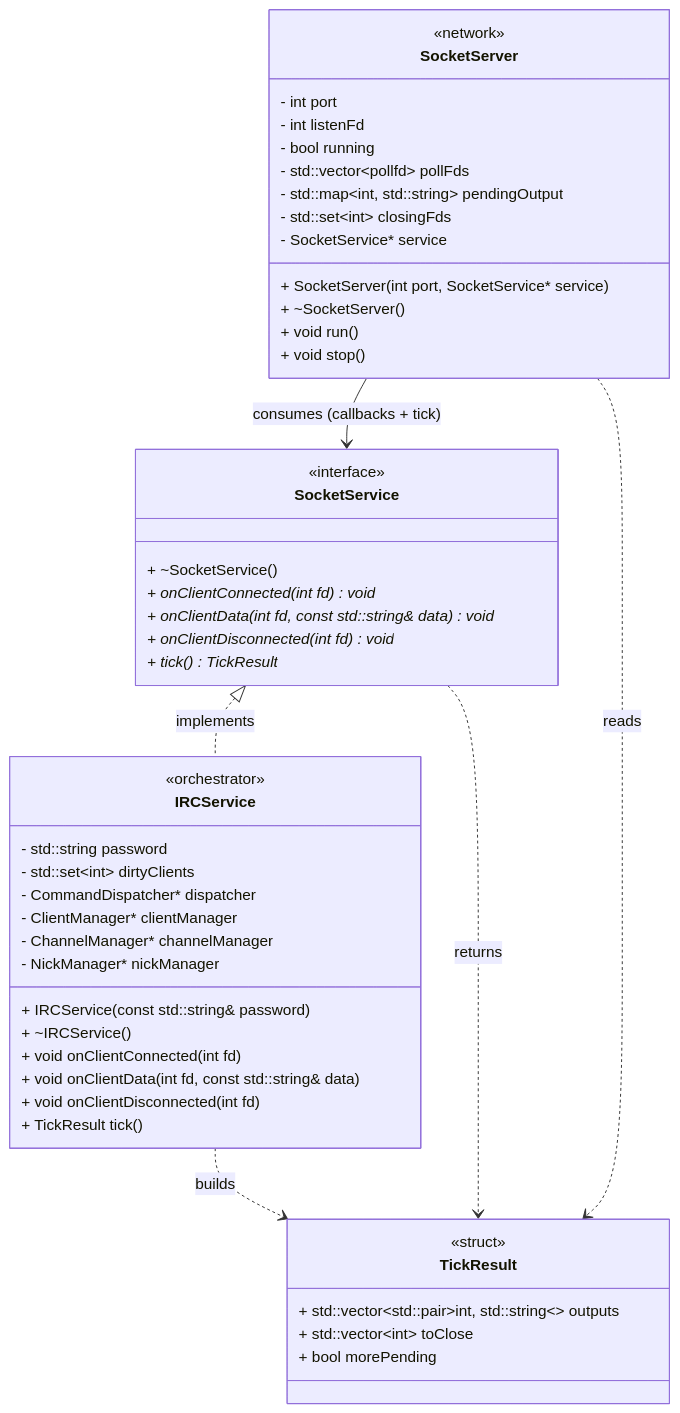
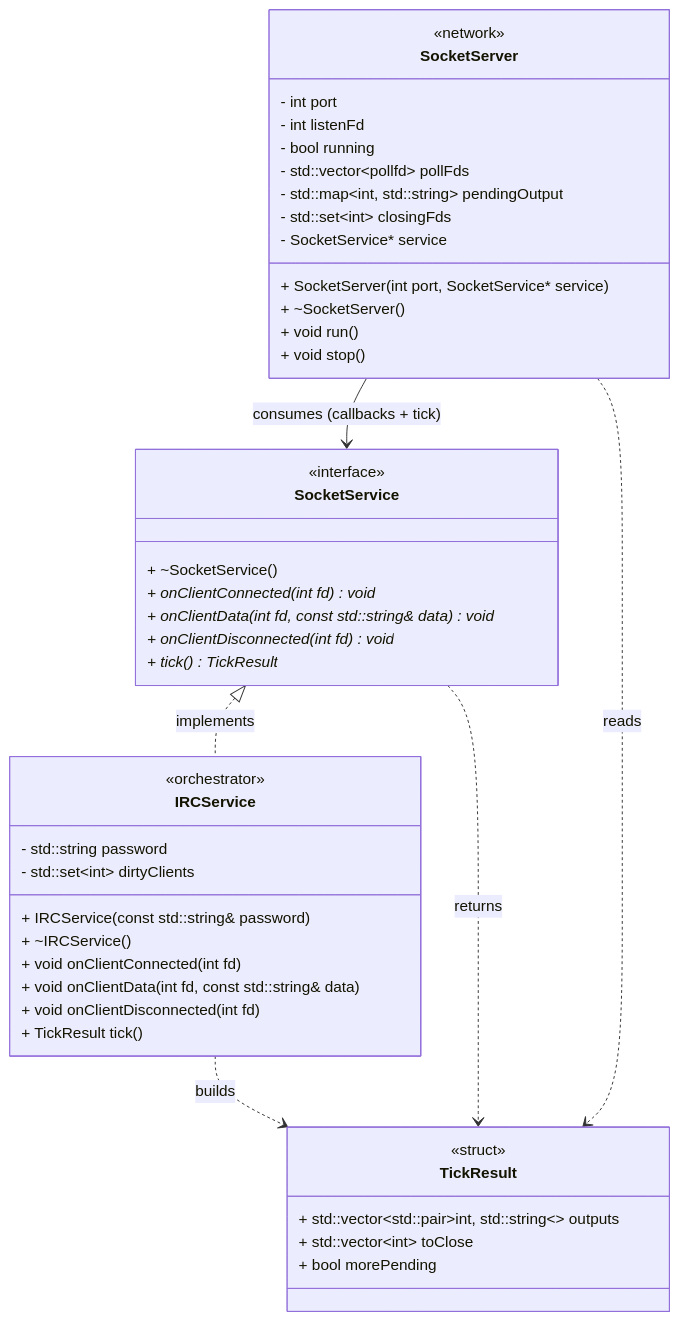
Before and after one commit to LuisGrigore/ft-irc: the diagram in docs/diagrams/class/irc_network_layer_pull.mmd, drawn with Mermaid. The commit also changed 4 other files, not shown here.

```diff
--- a/docs/diagrams/class/irc_network_layer_pull.mmd
+++ b/docs/diagrams/class/irc_network_layer_pull.mmd
@@ -1,53 +1,49 @@
 classDiagram
     class SocketService {
         <<interface>>
         + ~SocketService()
         + onClientConnected(int fd)* void
         + onClientData(int fd, const std::string& data)* void
         + onClientDisconnected(int fd)* void
         + tick()* TickResult
     }
 
     class TickResult {
         <<struct>>
         + std::vector~std::pair~int, std::string~~ outputs
         + std::vector~int~ toClose
         + bool morePending
     }
 
     class SocketServer {
         <<network>>
         - int port
         - int listenFd
         - bool running
         - std::vector~pollfd~ pollFds
         - std::map~int, std::string~ pendingOutput
         - std::set~int~ closingFds
         - SocketService* service
         + SocketServer(int port, SocketService* service)
         + ~SocketServer()
         + void run()
         + void stop()
     }
 
     class IRCService {
         <<orchestrator>>
         - std::string password
         - std::set~int~ dirtyClients
-        - CommandDispatcher* dispatcher
-        - ClientManager* clientManager
-        - ChannelManager* channelManager
-        - NickManager* nickManager
         + IRCService(const std::string& password)
         + ~IRCService()
         + void onClientConnected(int fd)
         + void onClientData(int fd, const std::string& data)
         + void onClientDisconnected(int fd)
         + TickResult tick()
     }
 
     SocketService <|.. IRCService : implements
     SocketServer --> SocketService : consumes (callbacks + tick)
     SocketService ..> TickResult : returns
     SocketServer ..> TickResult : reads
     IRCService ..> TickResult : builds
```
